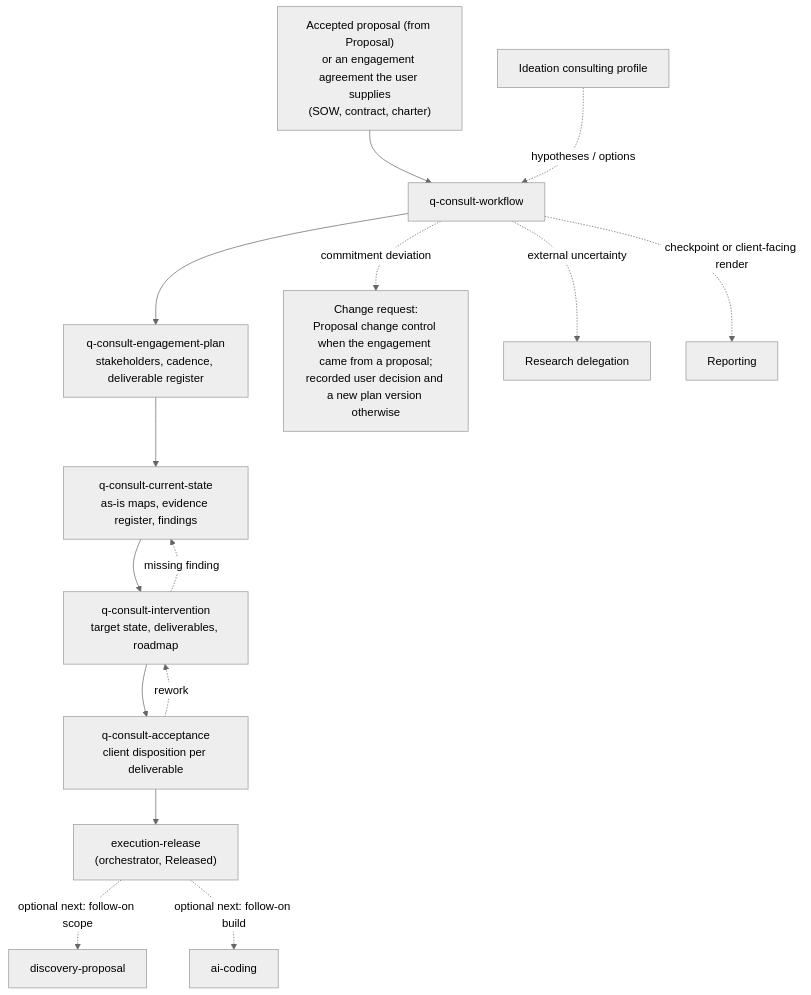
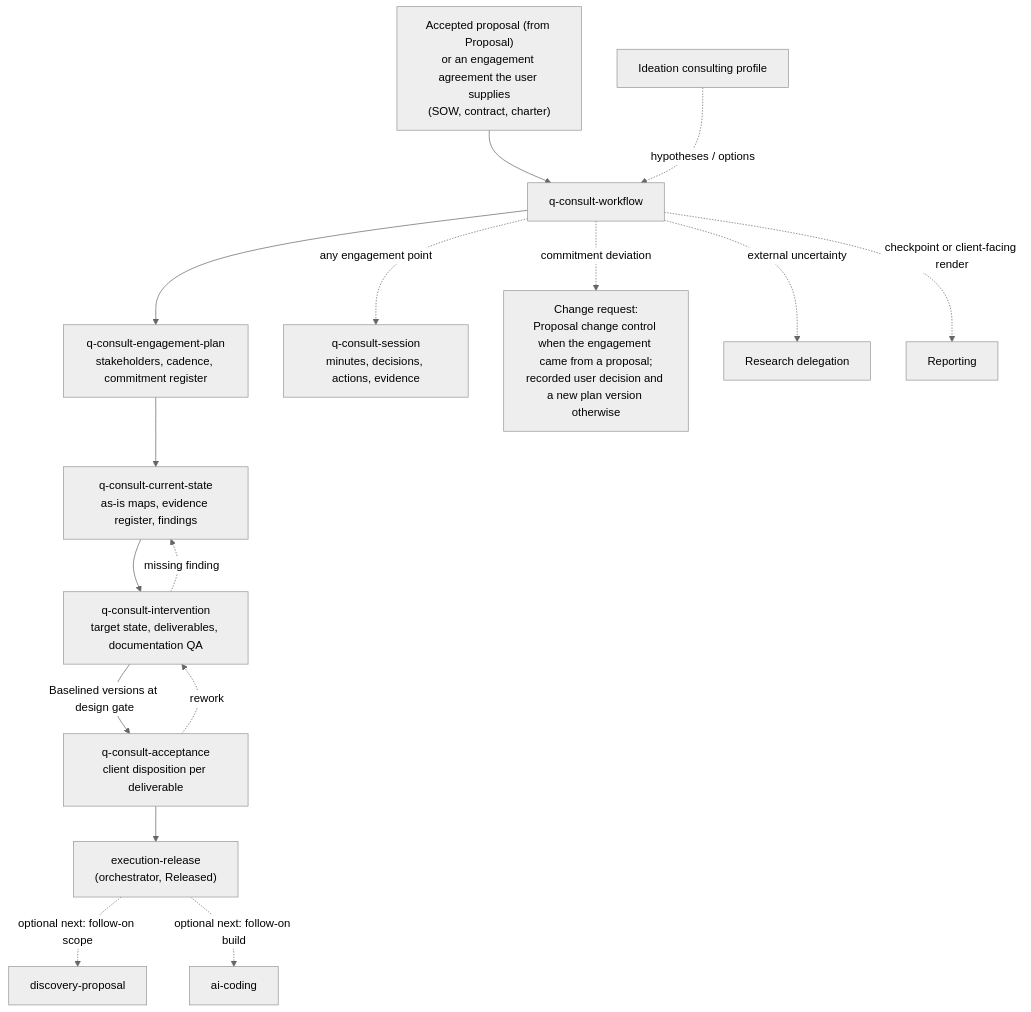
One commit to flaviogragnolati/ai-workflow changed the diagram in skills/consult/README.md. Above: the diagram before and after it, drawn with Mermaid (neutral theme). The commit also changed other lines of this file and 92 other files, not shown here.

````diff
--- a/skills/consult/README.md
+++ b/skills/consult/README.md
@@ -9,17 +9,18 @@
 ```mermaid
 flowchart TB
     P["Accepted proposal (from Proposal)<br/>or an engagement agreement the user supplies<br/>(SOW, contract, charter)"] --> W["q-consult-workflow"]
-    W --> S1["q-consult-engagement-plan<br/>stakeholders, cadence, deliverable register"]
+    W --> S1["q-consult-engagement-plan<br/>stakeholders, cadence, commitment register"]
+    W -. "any engagement point" .-> SES["q-consult-session<br/>minutes, decisions, actions, evidence"]
     S1 --> S2["q-consult-current-state<br/>as-is maps, evidence register, findings"]
-    S2 --> S3["q-consult-intervention<br/>target state, deliverables, roadmap"]
-    S3 --> S4["q-consult-acceptance<br/>client disposition per deliverable"]
+    S2 --> S3["q-consult-intervention<br/>target state, deliverables, documentation QA"]
+    S3 -->|"Baselined versions at design gate"| S4["q-consult-acceptance<br/>client disposition per deliverable"]
     S4 --> REL["execution-release<br/>(orchestrator, Released)"]
     S4 -. "rework" .-> S3
     S3 -. "missing finding" .-> S2
     W -. "commitment deviation" .-> CC["Change request:<br/>Proposal change control when the engagement came from a proposal;<br/>recorded user decision and a new plan version otherwise"]
     IDE["Ideation consulting profile"] -. "hypotheses / options" .-> W
     W -. "external uncertainty" .-> RES["Research delegation"]
     W -. "checkpoint or client-facing render" .-> REP["Reporting"]
     REL -. "optional next: follow-on scope" .-> NXT1["discovery-proposal"]
     REL -. "optional next: follow-on build" .-> NXT2["ai-coding"]
 ```
````
